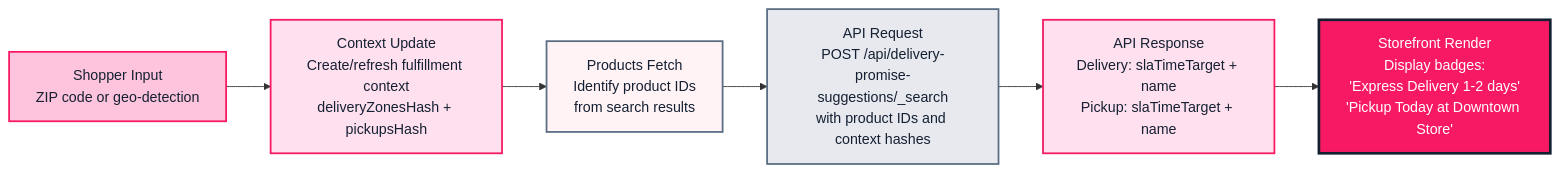
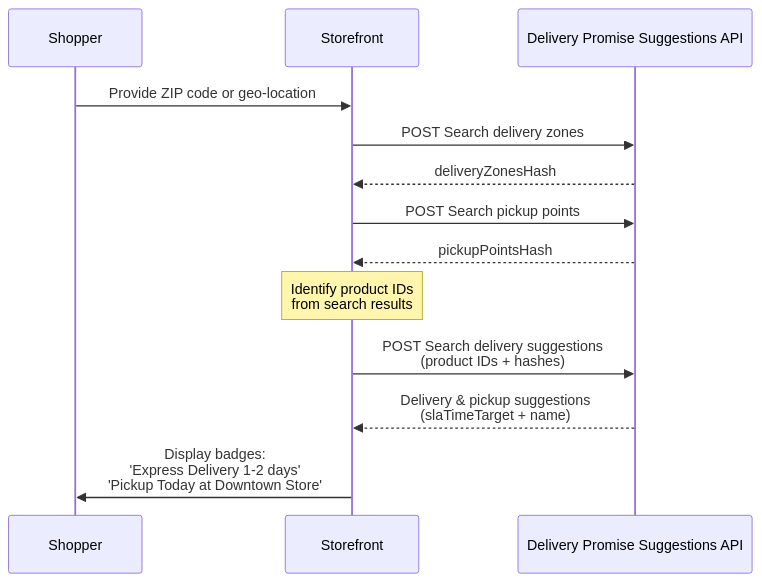
The diagram in docs/guides/Logistics/delivery-promise-suggestions-api-integration.md (vtexdocs/dev-portal-content), drawn with Mermaid before and after one commit. The commit also changed other lines of this file, not shown here.

Commit message:
fix: add reviewer suggestions

````diff
--- a/docs/guides/Logistics/delivery-promise-suggestions-api-integration.md
+++ b/docs/guides/Logistics/delivery-promise-suggestions-api-integration.md
@@ -212,15 +225,17 @@
 ```mermaid
-flowchart LR
-    A[Shopper Input<br/>ZIP code or geo-detection] --> B[Context Update<br/>Create/refresh fulfillment context<br/>deliveryZonesHash + pickupsHash]
-    B --> C[Products Fetch<br/>Identify product IDs<br/>from search results]
-    C --> D[API Request<br/>POST /api/delivery-promise-suggestions/_search<br/>with product IDs and context hashes]
-    D --> E[API Response<br/>Delivery: slaTimeTarget + name<br/>Pickup: slaTimeTarget + name]
-    E --> F[Storefront Render<br/>Display badges:<br/>'Express Delivery 1-2 days'<br/>'Pickup Today at Downtown Store']
+sequenceDiagram
+    participant Shopper
+    participant Storefront
+    participant Delivery Promise Suggestions API
+
     
-    style A fill:#FFC4DD,stroke:#F71963,stroke-width:2px,color:#142032
-    style B fill:#FFE0EF,stroke:#F71963,stroke-width:2px,color:#142032
-    style C fill:#FFF3F6,stroke:#5B6E84,stroke-width:2px,color:#142032
-    style D fill:#E7E9EE,stroke:#5B6E84,stroke-width:2px,color:#142032
-    style E fill:#FFE0EF,stroke:#F71963,stroke-width:2px,color:#142032
-    style F fill:#F71963,stroke:#142032,stroke-width:3px,color:#FFFFFF
+    Shopper->>Storefront: Provide ZIP code or geo-location
+    Storefront->>Delivery Promise Suggestions API: POST Search delivery zones
+    Delivery Promise Suggestions API-->>Storefront: deliveryZonesHash
+    Storefront->>Delivery Promise Suggestions API: POST Search pickup points
+    Delivery Promise Suggestions API-->>Storefront: pickupPointsHash
+    Note over Storefront: Identify product IDs<br/>from search results
+    Storefront->>Delivery Promise Suggestions API: POST Search delivery suggestions<br/>(product IDs + hashes)
+    Delivery Promise Suggestions API-->>Storefront: Delivery & pickup suggestions<br/>(slaTimeTarget + name)
+    Storefront->>Shopper: Display badges:<br/>'Express Delivery 1-2 days'<br/>'Pickup Today at Downtown Store'
 ```
````
